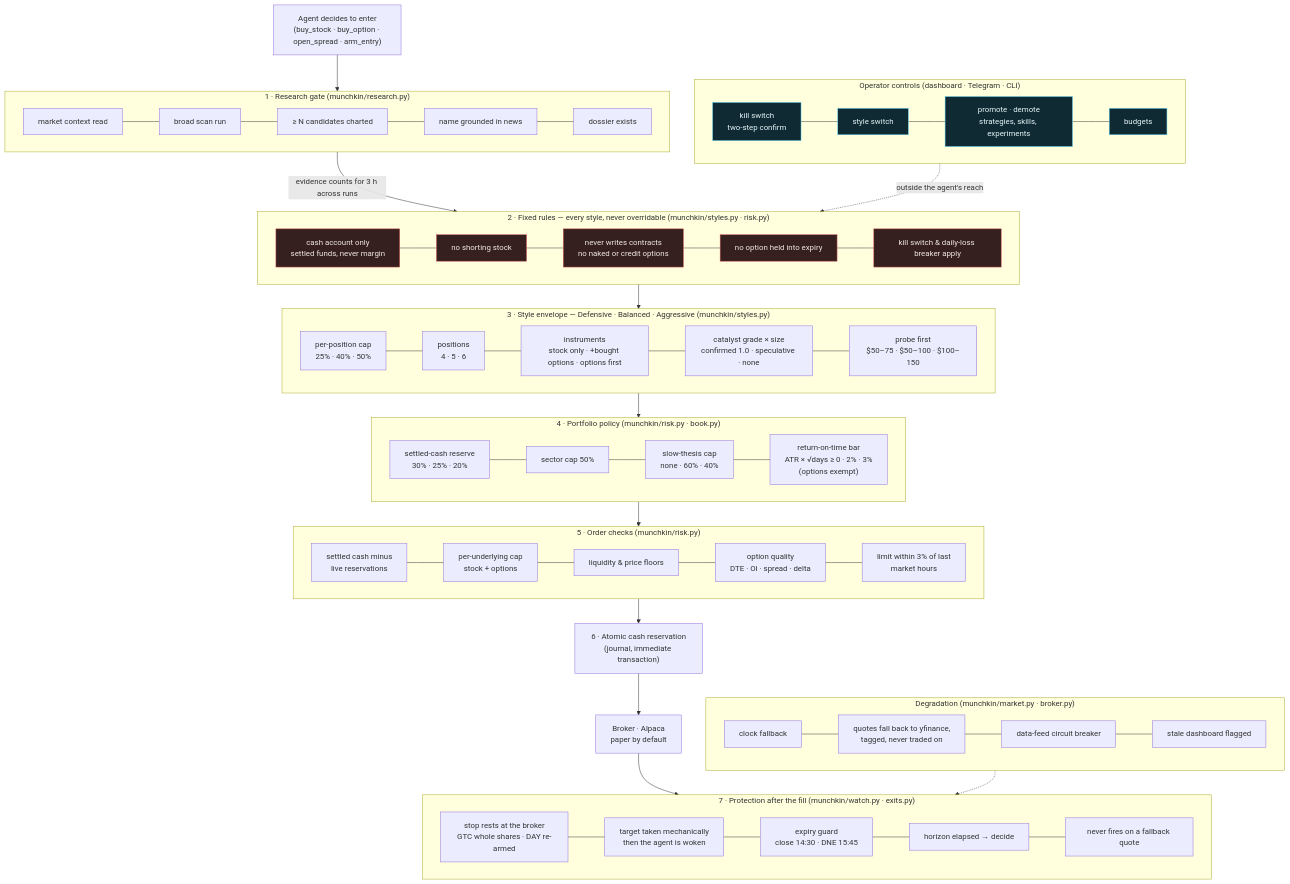
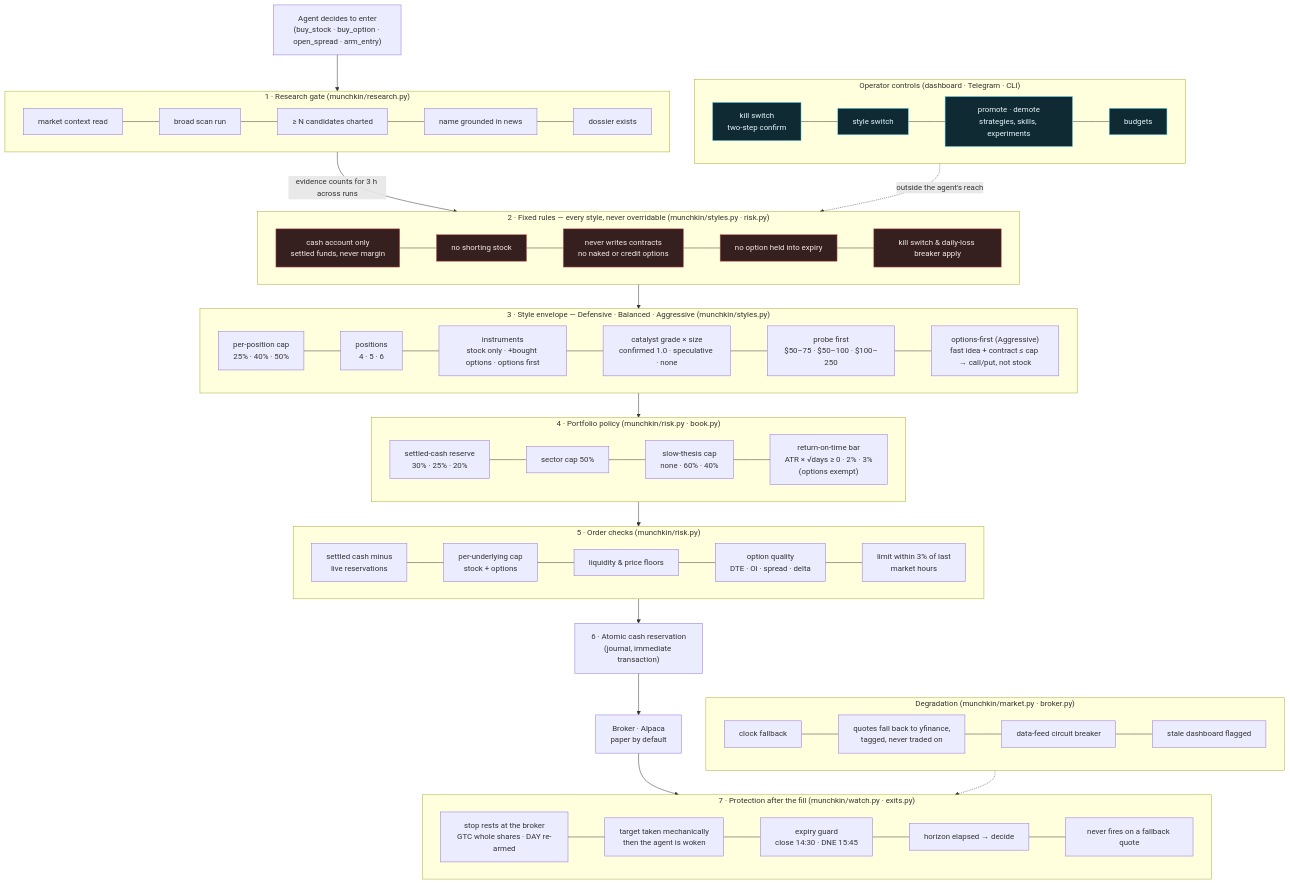
The first of 2 diagrams in docs/guardrails.md (jbpayton/MarketMunchkin), drawn with Mermaid before and after one commit. The commit also changed other lines of this file and 2 other files, not shown here.

Commit message:
Docs: options-first under Aggressive, the $250 cap, the reevaluation run; guardrails diagram re-rendered
Claude-Session: https://claude.ai/code/session_019hmLLiC5K9rj46DGTXpF18

````diff
--- a/docs/guardrails.md
+++ b/docs/guardrails.md
@@ -6,58 +6,58 @@
 ```mermaid
 flowchart TD
     A["Agent decides to enter<br/>(buy_stock · buy_option · open_spread · arm_entry)"] --> RG
 
     subgraph RG["1 · Research gate  (munchkin/research.py)"]
         direction LR
         R1["market context read"] --- R2["broad scan run"] --- R3["≥ N candidates charted"] --- R4["name grounded in news"] --- R5["dossier exists"]
     end
     RG -->|evidence counts for 3 h across runs| FR
 
     subgraph FR["2 · Fixed rules — every style, never overridable  (munchkin/styles.py · risk.py)"]
         direction LR
         F1["cash account only<br/>settled funds, never margin"] --- F2["no shorting stock"] --- F3["never writes contracts<br/>no naked or credit options"] --- F4["no option held into expiry"] --- F5["kill switch & daily-loss breaker apply"]
     end
     FR --> ST
 
     subgraph ST["3 · Style envelope — Defensive · Balanced · Aggressive  (munchkin/styles.py)"]
         direction LR
-        S1["per-position cap<br/>25% · 40% · 50%"] --- S2["positions<br/>4 · 5 · 6"] --- S3["instruments<br/>stock only · +bought options · options first"] --- S4["catalyst grade × size<br/>confirmed 1.0 · speculative · none"] --- S5["probe first<br/>$50–75 · $50–100 · $100–150"]
+        S1["per-position cap<br/>25% · 40% · 50%"] --- S2["positions<br/>4 · 5 · 6"] --- S3["instruments<br/>stock only · +bought options · options first"] --- S4["catalyst grade × size<br/>confirmed 1.0 · speculative · none"] --- S5["probe first<br/>$50–75 · $50–100 · $100–250"] --- S6["options-first (Aggressive)<br/>fast idea + contract ≤ cap → call/put, not stock"]
     end
     ST --> PP
 
     subgraph PP["4 · Portfolio policy  (munchkin/risk.py · book.py)"]
         direction LR
         P1["settled-cash reserve<br/>30% · 25% · 20%"] --- P2["sector cap 50%"] --- P3["slow-thesis cap<br/>none · 60% · 40%"] --- P4["return-on-time bar<br/>ATR × √days ≥ 0 · 2% · 3%<br/>(options exempt)"]
     end
     PP --> OC
 
     subgraph OC["5 · Order checks  (munchkin/risk.py)"]
         direction LR
         O1["settled cash minus<br/>live reservations"] --- O2["per-underlying cap<br/>stock + options"] --- O3["liquidity & price floors"] --- O4["option quality<br/>DTE · OI · spread · delta"] --- O5["limit within 3% of last<br/>market hours"]
     end
     OC --> RS["6 · Atomic cash reservation<br/>(journal, immediate transaction)"]
     RS --> BR["Broker · Alpaca<br/>paper by default"]
     BR --> WP
 
     subgraph WP["7 · Protection after the fill  (munchkin/watch.py · exits.py)"]
         direction LR
         W1["stop rests at the broker<br/>GTC whole shares · DAY re-armed"] --- W2["target taken mechanically<br/>then the agent is woken"] --- W3["expiry guard<br/>close 14:30 · DNE 15:45"] --- W4["horizon elapsed → decide"] --- W5["never fires on a fallback quote"]
     end
 
     subgraph OP["Operator controls  (dashboard · Telegram · CLI)"]
         direction LR
         K1["kill switch<br/>two-step confirm"] --- K2["style switch"] --- K3["promote · demote<br/>strategies, skills, experiments"] --- K4["budgets"]
     end
     OP -.->|"outside the agent's reach"| FR
 
     subgraph DG["Degradation  (munchkin/market.py · broker.py)"]
         direction LR
         D1["clock fallback"] --- D2["quotes fall back to yfinance,<br/>tagged, never traded on"] --- D3["data-feed circuit breaker"] --- D4["stale dashboard flagged"]
     end
     DG -.-> WP
 
     classDef fixed fill:#35201f,stroke:#cf5858,color:#f2e9e4
     classDef human fill:#0f2a33,stroke:#5fd3f0,color:#e6f7fb
     class F1,F2,F3,F4,F5 fixed
     class K1,K2,K3,K4 human
 ```
````
